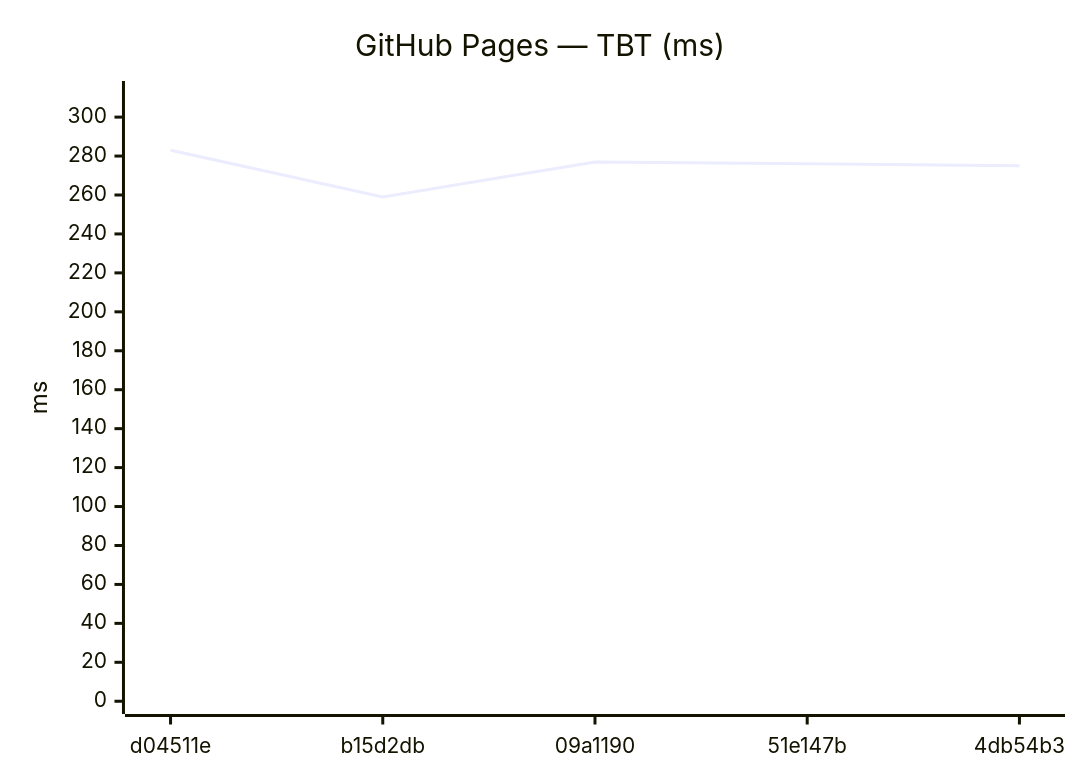
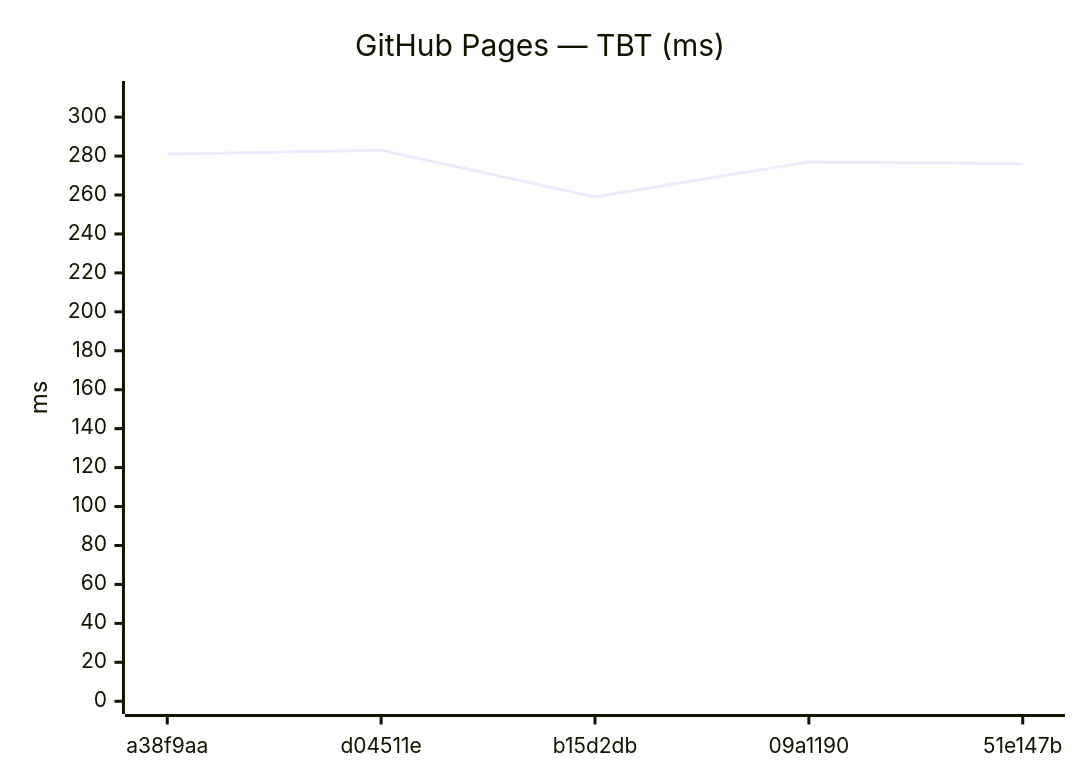
Before and after one commit to Metaheurist/Rianell: the tenth of 18 diagrams in benchmarks/compare.md, drawn with Mermaid. The commit also changed other lines of this file and 11 other files, not shown here.

````diff
--- a/benchmarks/compare.md
+++ b/benchmarks/compare.md
@@ -149,7 +149,7 @@
 ```mermaid
 xychart-beta
     title "GitHub Pages — TBT (ms)"
-    x-axis ["d04511e", "b15d2db", "09a1190", "51e147b", "4db54b3"]
+    x-axis ["a38f9aa", "d04511e", "b15d2db", "09a1190", "51e147b"]
     y-axis "ms" 0 --> 312
-    line [283, 259, 277, 276, 275]
+    line [281, 283, 259, 277, 276]
 ```
````
